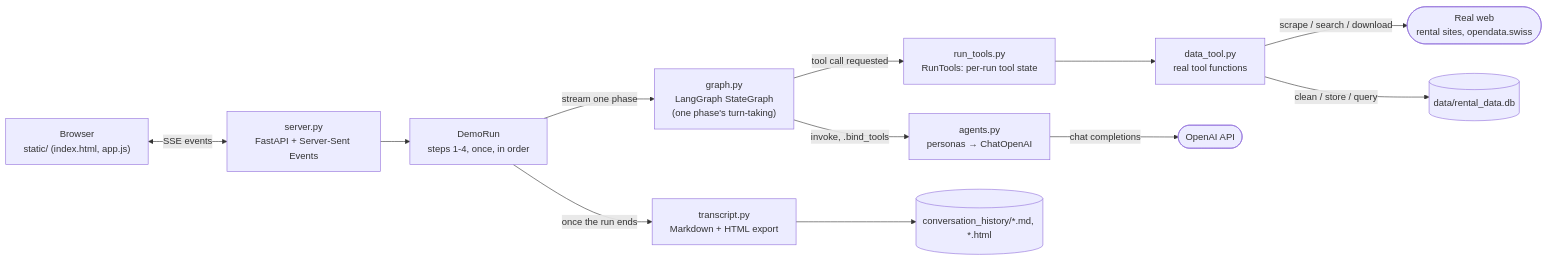
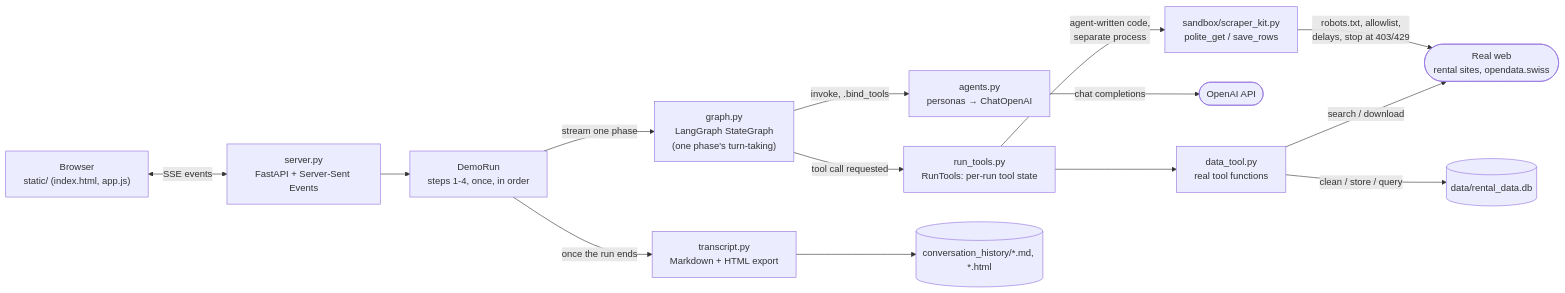
One commit to mario-gellrich-zhaw/data_analytics changed the first of 2 diagrams in Agentic_Data_Analytics_Experiment_LangGraph/README.md. Above: the diagram before and after it, drawn with Mermaid. The commit also changed other lines of this file and 9 other files, not shown here.

````diff
--- a/Agentic_Data_Analytics_Experiment_LangGraph/README.md
+++ b/Agentic_Data_Analytics_Experiment_LangGraph/README.md
@@ -60,27 +72,29 @@
 ```mermaid
 flowchart LR
     Browser["Browser<br/>static/ (index.html, app.js)"]
     Server["server.py<br/>FastAPI + Server-Sent Events"]
     DemoRun["DemoRun<br/>steps 1-4, once, in order"]
     Graph["graph.py<br/>LangGraph StateGraph<br/>(one phase's turn-taking)"]
     Agents["agents.py<br/>personas &rarr; ChatOpenAI"]
     Tools["run_tools.py<br/>RunTools: per-run tool state"]
     DataTool["data_tool.py<br/>real tool functions"]
     Transcript["transcript.py<br/>Markdown + HTML export"]
     OpenAI(["OpenAI API"])
     RealWorld(["Real web<br/>rental sites, opendata.swiss"])
     SQLite[("data/rental_data.db")]
     History[("conversation_history/*.md, *.html")]
 
     Browser <-->|SSE events| Server
     Server --> DemoRun
     DemoRun -->|stream one phase| Graph
     Graph -->|invoke, .bind_tools| Agents
     Agents -->|chat completions| OpenAI
     Graph -->|tool call requested| Tools
     Tools --> DataTool
-    DataTool -->|scrape / search / download| RealWorld
+    Tools -->|agent-written code,<br/>separate process| ScraperKit["sandbox/scraper_kit.py<br/>polite_get / save_rows"]
+    ScraperKit -->|robots.txt, allowlist,<br/>delays, stop at 403/429| RealWorld
+    DataTool -->|search / download| RealWorld
     DataTool -->|clean / store / query| SQLite
     DemoRun -->|once the run ends| Transcript
     Transcript --> History
 ```
````
